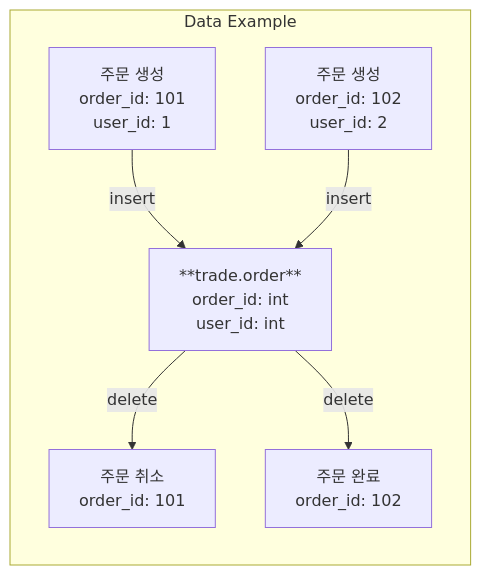
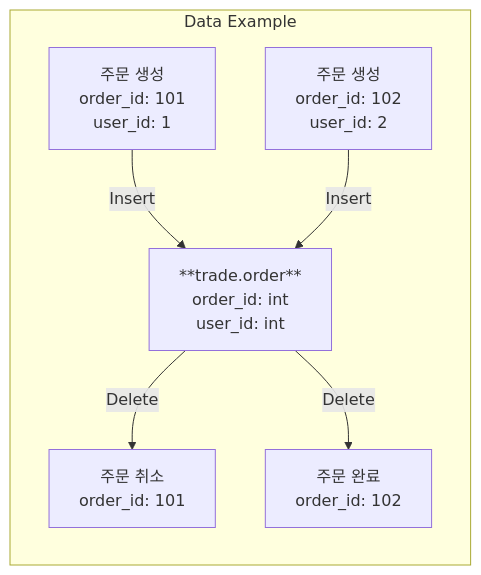
One commit to yecnj/yecnj.github.io changed the third of 7 diagrams in _notes/Public/Kafka/ksqlDB/ksqlDB.md. Above: the diagram before and after it, drawn with Mermaid. The commit also changed other lines of this file and 2 other files, not shown here.

```diff
--- a/_notes/Public/Kafka/ksqlDB/ksqlDB.md
+++ b/_notes/Public/Kafka/ksqlDB/ksqlDB.md
@@ -422,10 +443,10 @@
 <div class="mermaid">
 graph TB
     subgraph "Data Example"
         direction TB
-        A[주문 생성<br/>order_id: 101<br/>user_id: 1] -->|insert| B[**trade.order**<br/>order_id: int<br/>user_id: int]
-        B -->|delete| C[주문 취소<br/>order_id: 101]
-        D[주문 생성<br/>order_id: 102<br/>user_id: 2] -->|insert| B
-        B -->|delete| E[주문 완료<br/>order_id: 102]
+        A[주문 생성<br/>order_id: 101<br/>user_id: 1] -->|Insert| B[**trade.order**<br/>order_id: int<br/>user_id: int]
+        B -->|Delete| C[주문 취소<br/>order_id: 101]
+        D[주문 생성<br/>order_id: 102<br/>user_id: 2] -->|Insert| B
+        B -->|Delete| E[주문 완료<br/>order_id: 102]
     end
 </div>
```
